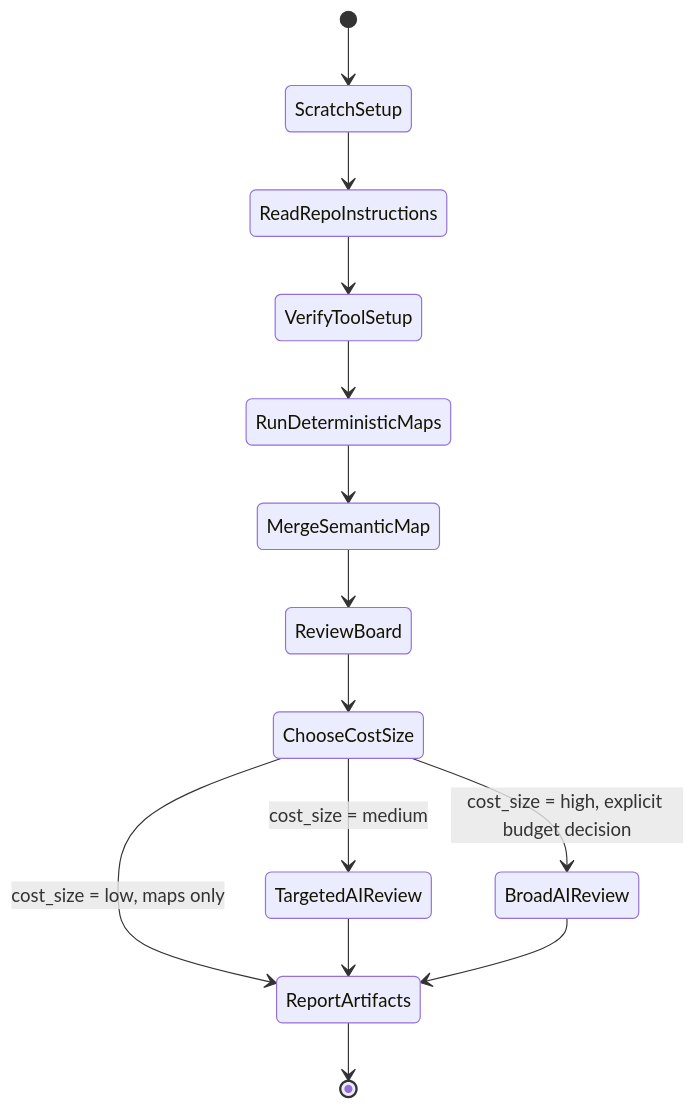
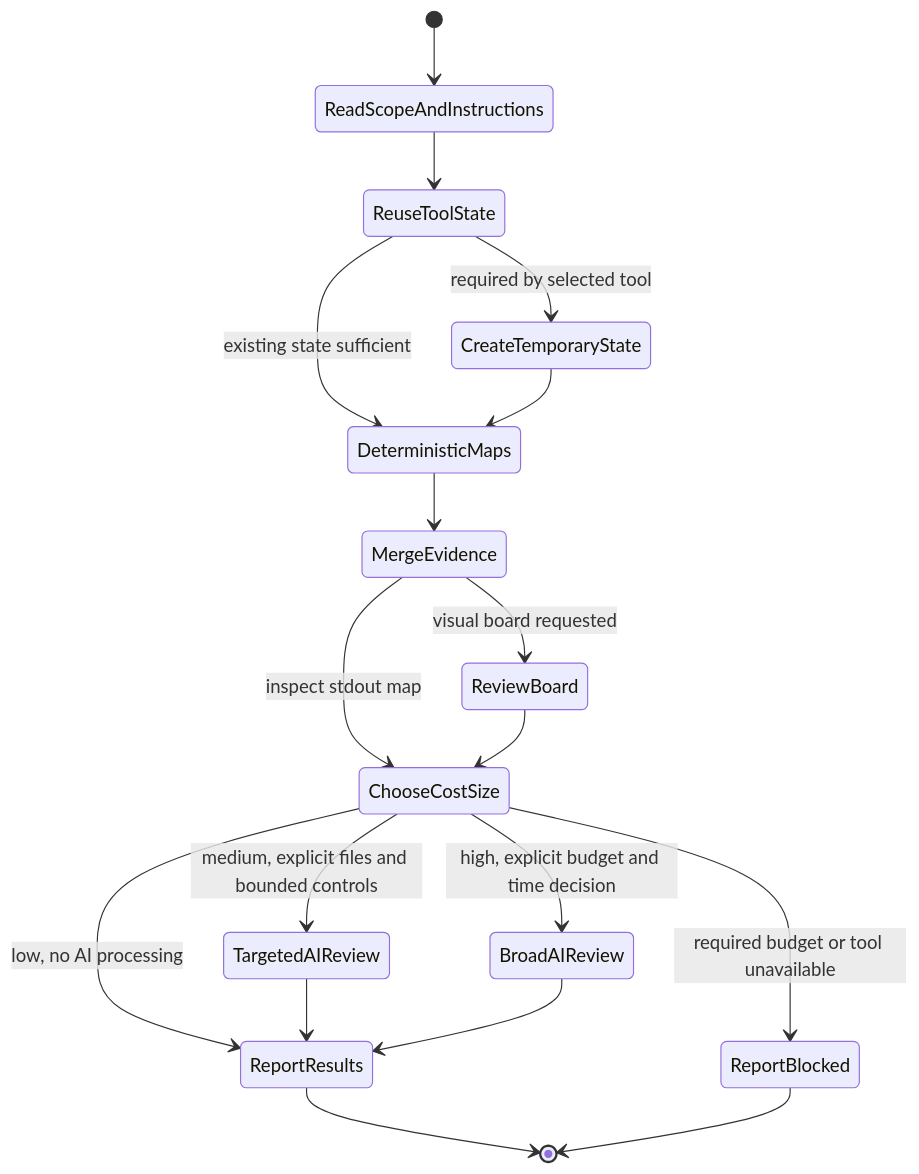
One commit to vincentkoc/dotskills changed the diagram in skills/semantic-slicing/SKILL.md. Above: the diagram before and after it, drawn with Mermaid. The commit also changed 25 other files, not shown here.

Commit message:
docs(skills): validate workflow charts and scoped exemptions

````diff
--- a/skills/semantic-slicing/SKILL.md
+++ b/skills/semantic-slicing/SKILL.md
@@ -63,20 +63,21 @@
 ```mermaid
 stateDiagram-v2
-    [*] --> ScratchSetup
-    ScratchSetup --> ReadRepoInstructions
-    ReadRepoInstructions --> VerifyToolSetup
-    VerifyToolSetup --> RunDeterministicMaps
-    RunDeterministicMaps --> MergeSemanticMap
-    MergeSemanticMap --> ReviewBoard
+    [*] --> ReadScopeAndInstructions
+    ReadScopeAndInstructions --> ReuseToolState
+    ReuseToolState --> CreateTemporaryState: required by selected tool
+    ReuseToolState --> DeterministicMaps: existing state sufficient
+    CreateTemporaryState --> DeterministicMaps
+    DeterministicMaps --> MergeEvidence
+    MergeEvidence --> ReviewBoard: visual board requested
+    MergeEvidence --> ChooseCostSize: inspect stdout map
     ReviewBoard --> ChooseCostSize
-
     state ChooseCostSize <<choice>>
-    ChooseCostSize --> ReportArtifacts: cost_size = low, maps only
-    ChooseCostSize --> TargetedAIReview: cost_size = medium
-    ChooseCostSize --> BroadAIReview: cost_size = high, explicit budget decision
-
-    TargetedAIReview --> ReportArtifacts
-    BroadAIReview --> ReportArtifacts
-
-    ReportArtifacts --> [*]
+    ChooseCostSize --> ReportResults: low, no AI processing
+    ChooseCostSize --> TargetedAIReview: medium, explicit files and bounded controls
+    ChooseCostSize --> BroadAIReview: high, explicit budget and time decision
+    ChooseCostSize --> ReportBlocked: required budget or tool unavailable
+    TargetedAIReview --> ReportResults
+    BroadAIReview --> ReportResults
+    ReportResults --> [*]
+    ReportBlocked --> [*]
 ```
````
